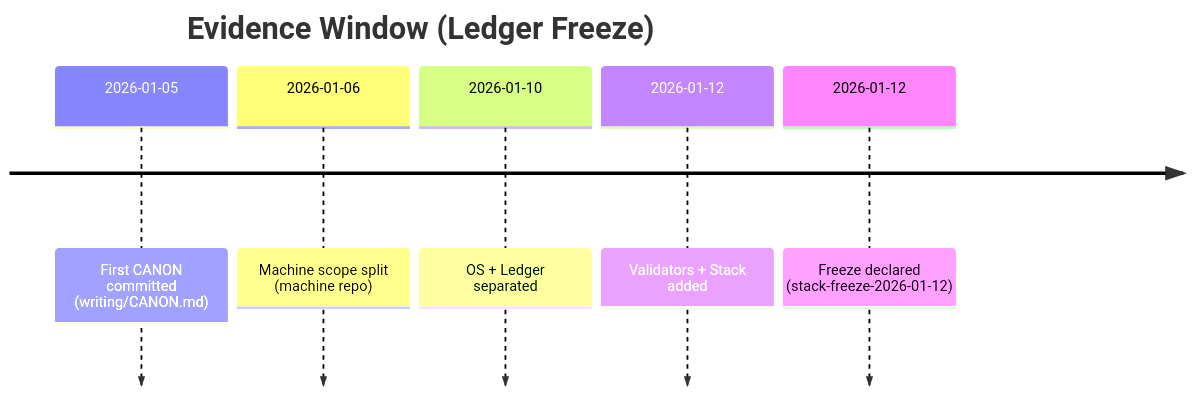
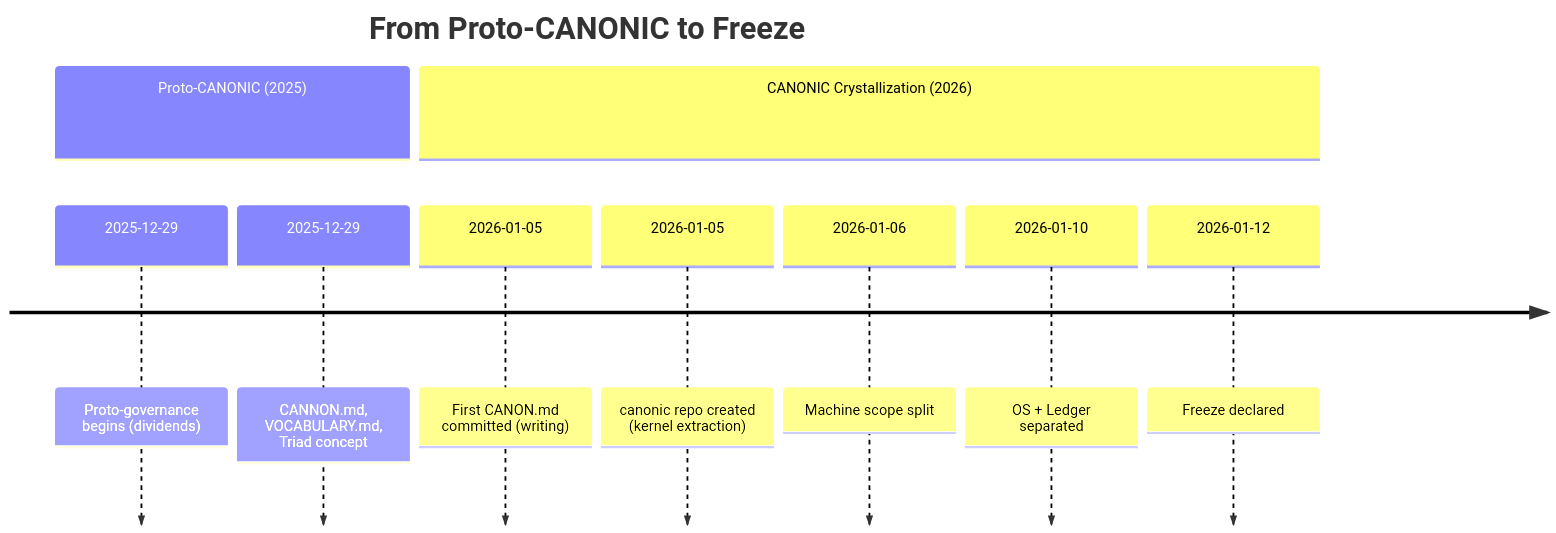
One commit to canonic-machine/paper changed the fourth of 5 diagrams in manuscript.md. Above: the diagram before and after it, drawn with Mermaid. The commit also changed other lines of this file, not shown here.

First line of the commit message:
paper: add proto-CANONIC evolutionary origin to timeline

````diff
--- a/manuscript.md
+++ b/manuscript.md
@@ -183,9 +185,13 @@
 ```mermaid
 timeline
-    title Evidence Window (Ledger Freeze)
-    2026-01-05 : First CANON committed (writing/CANON.md)
-    2026-01-06 : Machine scope split (machine repo)
-    2026-01-10 : OS + Ledger separated
-    2026-01-12 : Validators + Stack added
-    2026-01-12 : Freeze declared (stack-freeze-2026-01-12)
+    title From Proto-CANONIC to Freeze
+    section Proto-CANONIC (2025)
+        2025-12-29 : Proto-governance begins (dividends)
+        2025-12-29 : CANNON.md, VOCABULARY.md, Triad concept
+    section CANONIC Crystallization (2026)
+        2026-01-05 : First CANON.md committed (writing)
+        2026-01-05 : canonic repo created (kernel extraction)
+        2026-01-06 : Machine scope split
+        2026-01-10 : OS + Ledger separated
+        2026-01-12 : Freeze declared
 ```
````
